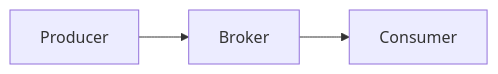
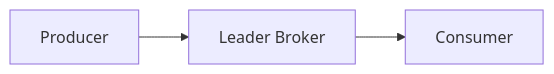
One commit to apakhbari/CheatSheets changed the diagram in Event-Streaming/Apache-Kafka/Apache-Kafka.md. Above: the diagram before and after it, drawn with Mermaid. The commit also changed other lines of this file, not shown here.

````diff
--- a/Event-Streaming/Apache-Kafka/Apache-Kafka.md
+++ b/Event-Streaming/Apache-Kafka/Apache-Kafka.md
@@ -39,5 +39,5 @@
 ```mermaid
 graph LR
-A[Producer] -->B[Broker]
+A[Producer] -->B[Leader Broker]
 B --> C[Consumer]
 ```
````
